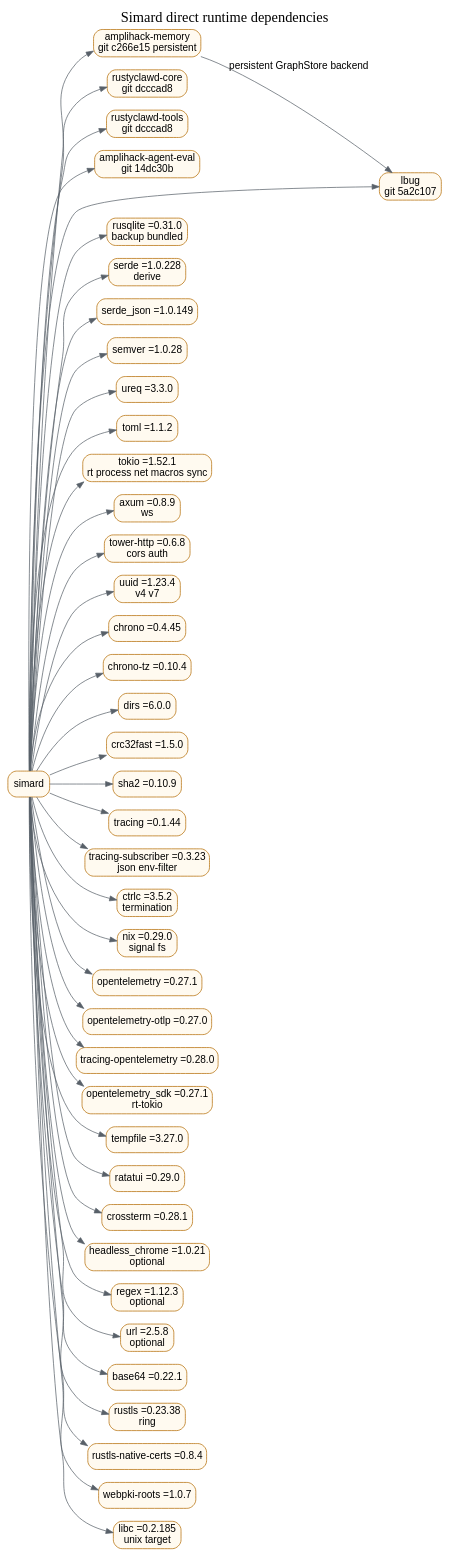
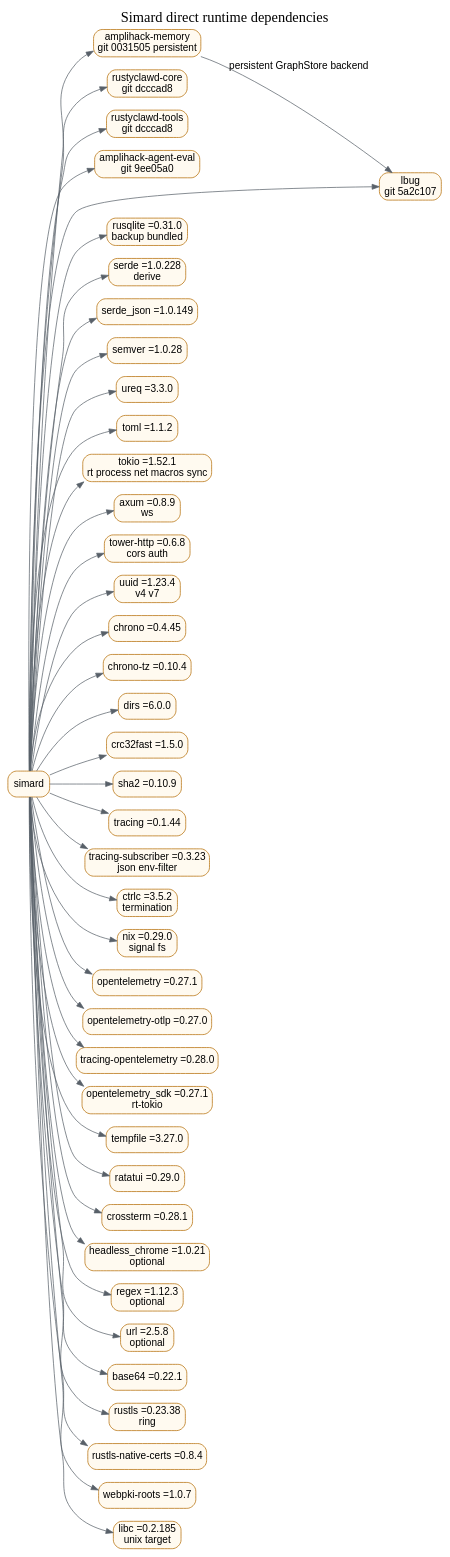
One commit to rysweet/Simard changed the diagram in docs/atlas/compile-deps/compile-deps-external-runtime.dot. Above: the diagram before and after it, drawn with Graphviz. The commit also changed 16 other files, not shown here.

```diff
--- a/docs/atlas/compile-deps/compile-deps-external-runtime.dot
+++ b/docs/atlas/compile-deps/compile-deps-external-runtime.dot
@@ -1,51 +1,51 @@
 digraph compile_deps_external_runtime {
     graph [rankdir=LR, labelloc="t", label="Simard direct runtime dependencies", fontsize=20];
     node [shape=box, style="rounded,filled", fillcolor="#fffaf0", color="#b36b00", fontname="Arial"];
     edge [color="#586069", fontname="Arial"];
 
     simard [label="simard"];
 
-    amplihack_memory [label="amplihack-memory\ngit c266e15 persistent"];
+    amplihack_memory [label="amplihack-memory\ngit 0031505 persistent"];
     rustyclawd_core [label="rustyclawd-core\ngit dcccad8"];
     rustyclawd_tools [label="rustyclawd-tools\ngit dcccad8"];
-    amplihack_agent_eval [label="amplihack-agent-eval\ngit 14dc30b"];
+    amplihack_agent_eval [label="amplihack-agent-eval\ngit 9ee05a0"];
     lbug [label="lbug\ngit 5a2c107"];
 
     rusqlite [label="rusqlite =0.31.0\nbackup bundled"];
     serde [label="serde =1.0.228\nderive"];
     serde_json [label="serde_json =1.0.149"];
     semver [label="semver =1.0.28"];
     ureq [label="ureq =3.3.0"];
     toml [label="toml =1.1.2"];
     tokio [label="tokio =1.52.1\nrt process net macros sync"];
     axum [label="axum =0.8.9\nws"];
     tower_http [label="tower-http =0.6.8\ncors auth"];
     uuid [label="uuid =1.23.4\nv4 v7"];
     chrono [label="chrono =0.4.45"];
     chrono_tz [label="chrono-tz =0.10.4"];
     dirs [label="dirs =6.0.0"];
     crc32fast [label="crc32fast =1.5.0"];
     sha2 [label="sha2 =0.10.9"];
     tracing [label="tracing =0.1.44"];
     tracing_subscriber [label="tracing-subscriber =0.3.23\njson env-filter"];
     ctrlc [label="ctrlc =3.5.2\ntermination"];
     nix [label="nix =0.29.0\nsignal fs"];
     opentelemetry [label="opentelemetry =0.27.1"];
     opentelemetry_otlp [label="opentelemetry-otlp =0.27.0"];
     tracing_opentelemetry [label="tracing-opentelemetry =0.28.0"];
     opentelemetry_sdk [label="opentelemetry_sdk =0.27.1\nrt-tokio"];
     tempfile [label="tempfile =3.27.0"];
     ratatui [label="ratatui =0.29.0"];
     crossterm [label="crossterm =0.28.1"];
     headless_chrome [label="headless_chrome =1.0.21\noptional"];
     regex [label="regex =1.12.3\noptional"];
     url [label="url =2.5.8\noptional"];
     base64 [label="base64 =0.22.1"];
     rustls [label="rustls =0.23.38\nring"];
     rustls_native_certs [label="rustls-native-certs =0.8.4"];
     webpki_roots [label="webpki-roots =1.0.7"];
     libc [label="libc =0.2.185\nunix target"];
 
     simard -> {amplihack_memory rustyclawd_core rustyclawd_tools amplihack_agent_eval lbug rusqlite serde serde_json semver ureq toml tokio axum tower_http uuid chrono chrono_tz dirs crc32fast sha2 tracing tracing_subscriber ctrlc nix opentelemetry opentelemetry_otlp tracing_opentelemetry opentelemetry_sdk tempfile ratatui crossterm headless_chrome regex url base64 rustls rustls_native_certs webpki_roots libc};
     amplihack_memory -> lbug [label="persistent GraphStore backend"];
 }
```
